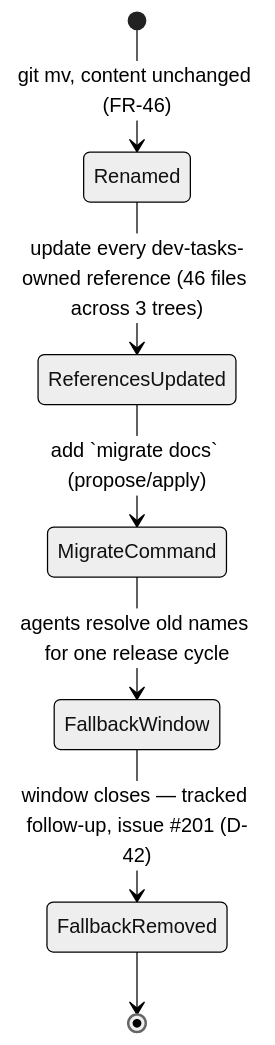
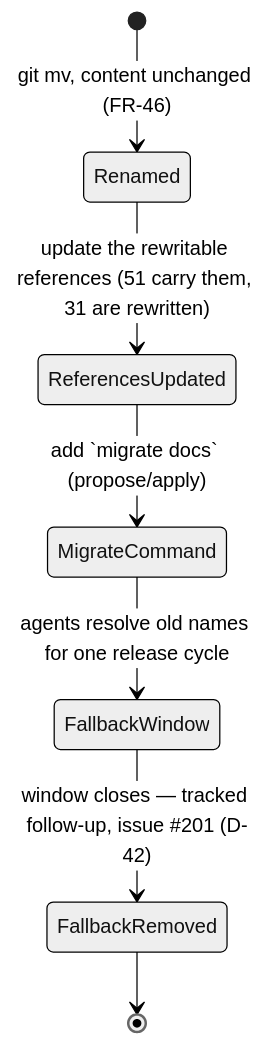
Before and after one commit to llipe/dev-tasks: the third of 4 diagrams in workstream/specification-shared-understanding-phase-1.md, drawn with Mermaid (neutral theme). The commit also changed other lines of this file and 5 other files, not shown here.

````diff
--- a/workstream/specification-shared-understanding-phase-1.md
+++ b/workstream/specification-shared-understanding-phase-1.md
@@ -128,9 +129,9 @@
 ```mermaid
 stateDiagram-v2
     [*] --> Renamed: git mv, content unchanged (FR-46)
-    Renamed --> ReferencesUpdated: update every dev-tasks-owned reference (46 files across 3 trees)
+    Renamed --> ReferencesUpdated: update the rewritable references (51 carry them, 31 are rewritten)
     ReferencesUpdated --> MigrateCommand: add `migrate docs` (propose/apply)
     MigrateCommand --> FallbackWindow: agents resolve old names for one release cycle
     FallbackWindow --> FallbackRemoved: window closes — tracked follow-up, issue #201 (D-42)
     FallbackRemoved --> [*]
 ```
````
